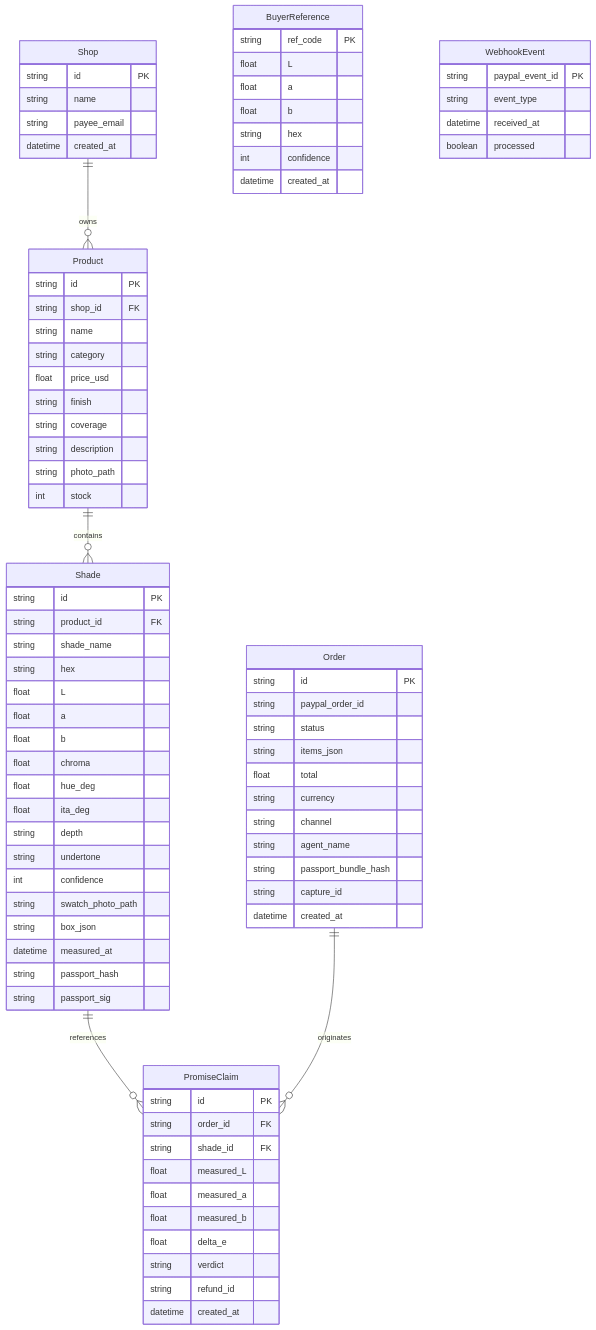
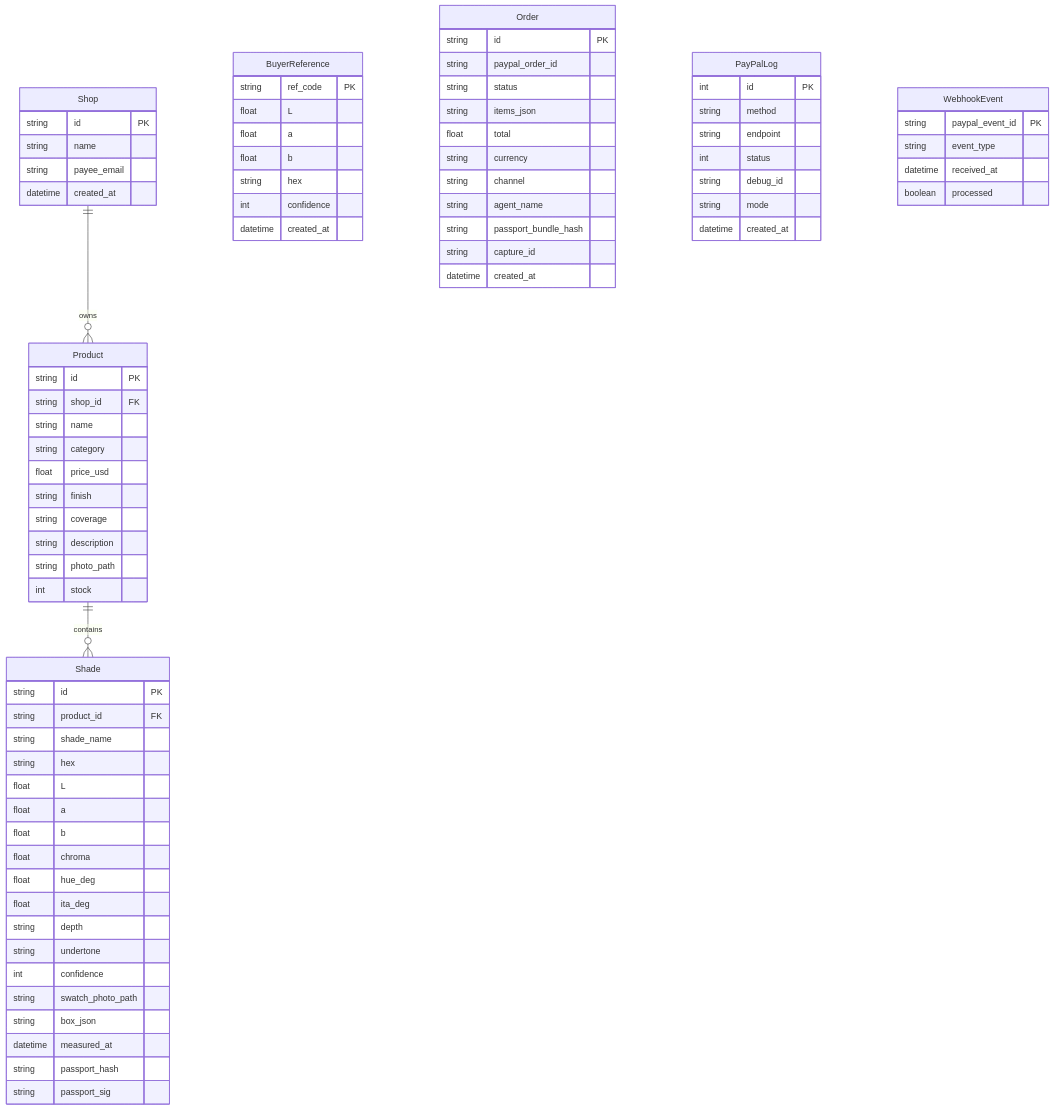
One commit to sury228/FINDABLE changed the third of 3 diagrams in ARCHITECTURE.md. Above: the diagram before and after it, drawn with Mermaid. The commit also changed other lines of this file and 28 other files, not shown here.

Commit message:
Complete Prompt 7: Remove Shade Promise, clean stray files, audit docs for truthfulness, update judges page, and finalize repository

````diff
--- a/ARCHITECTURE.md
+++ b/ARCHITECTURE.md
@@ -182,9 +182,6 @@
 erDiagram
     Shop ||--o{ Product : owns
     Product ||--o{ Shade : contains
-    Shade ||--o{ PromiseClaim : references
-    Order ||--o{ PromiseClaim : originates
-
     Shop {
         string id PK
         string name
@@ -250,23 +247,20 @@
         datetime created_at
     }
 
+    PayPalLog {
+        int id PK
+        string method
+        string endpoint
+        int status
+        string debug_id
+        string mode
+        datetime created_at
+    }
+
     WebhookEvent {
         string paypal_event_id PK
         string event_type
         datetime received_at
         boolean processed
     }
-
-    PromiseClaim {
-        string id PK
-        string order_id FK
-        string shade_id FK
-        float measured_L
-        float measured_a
-        float measured_b
-        float delta_e
-        string verdict
-        string refund_id
-        datetime created_at
-    }
 ```
````
